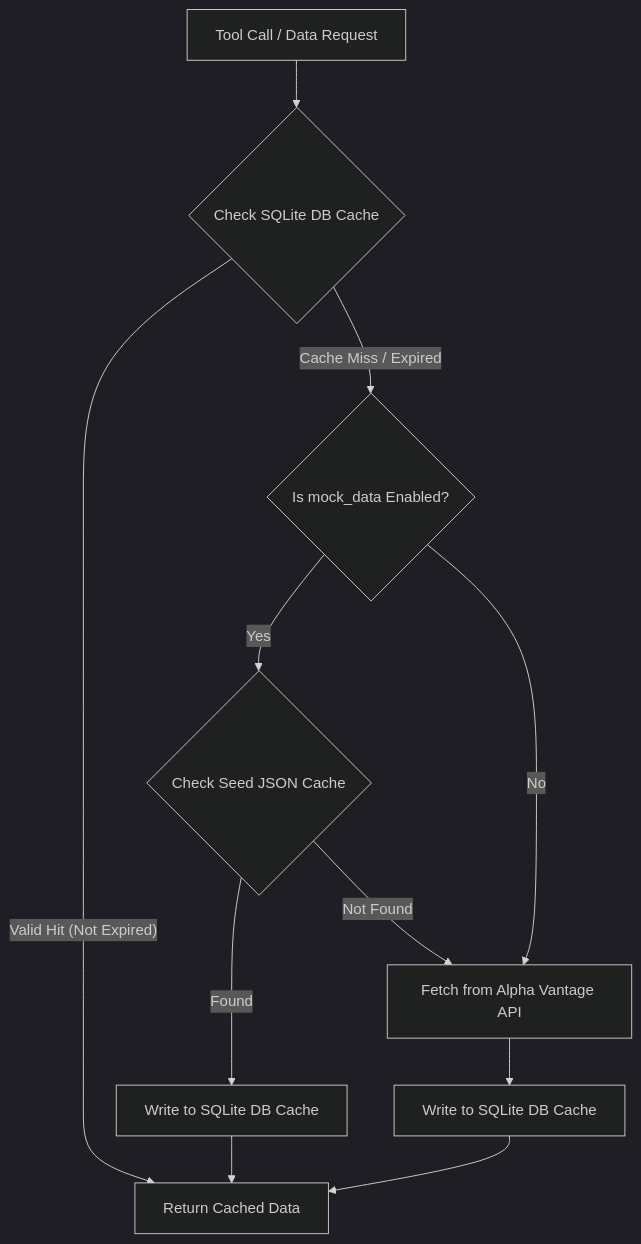
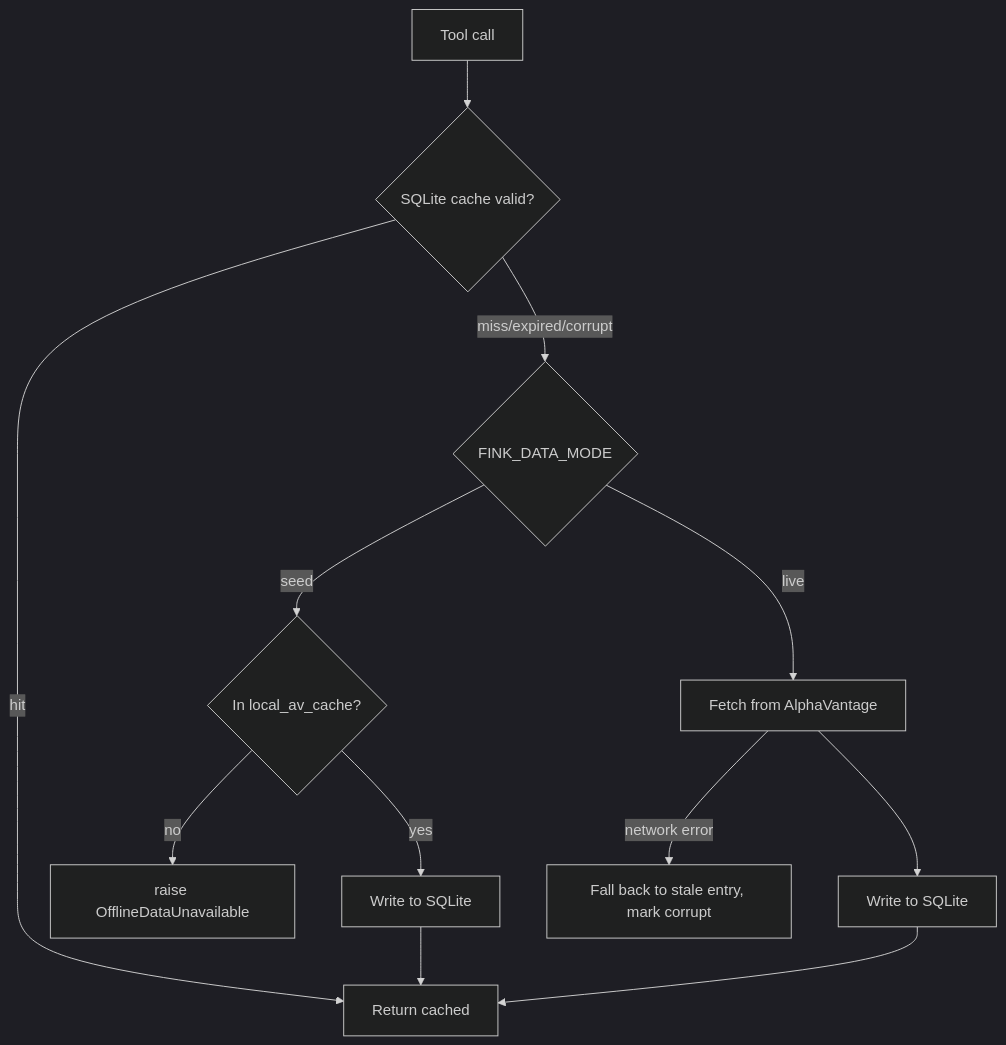
One commit to ajitapte007/fink changed the diagram in mcp/README.md. Above: the diagram before and after it, drawn with Mermaid (dark theme). The commit also changed other lines of this file and 35 other files, not shown here.

First line of the commit message:
refactor(mcp): centralize metrics registry, remove LLM-sourced segments, fix chart transforms

````diff
--- a/mcp/README.md
+++ b/mcp/README.md
@@ -87,13 +102,12 @@
 ```mermaid
 graph TD
-    A[Tool Call / Data Request] --> B{Check SQLite DB Cache}
-    B -- Valid Hit (Not Expired) --> C[Return Cached Data]
-    B -- Cache Miss / Expired --> D{Is mock_data Enabled?}
-    D -- Yes --> E{Check Seed JSON Cache}
-    E -- Found --> F[Write to SQLite DB Cache]
-    F --> C
-    E -- Not Found --> G[Fetch from Alpha Vantage API]
-    D -- No --> G
-    G --> H[Write to SQLite DB Cache]
-    H --> C
+    A[Tool call] --> B{SQLite cache valid?}
+    B -- hit --> C[Return cached]
+    B -- miss/expired/corrupt --> D{FINK_DATA_MODE}
+    D -- seed --> E{In local_av_cache?}
+    E -- yes --> F[Write to SQLite] --> C
+    E -- no --> G[raise OfflineDataUnavailable]
+    D -- live --> H[Fetch from AlphaVantage]
+    H --> I[Write to SQLite] --> C
+    H -- network error --> J[Fall back to stale entry, mark corrupt]
 ```
````
